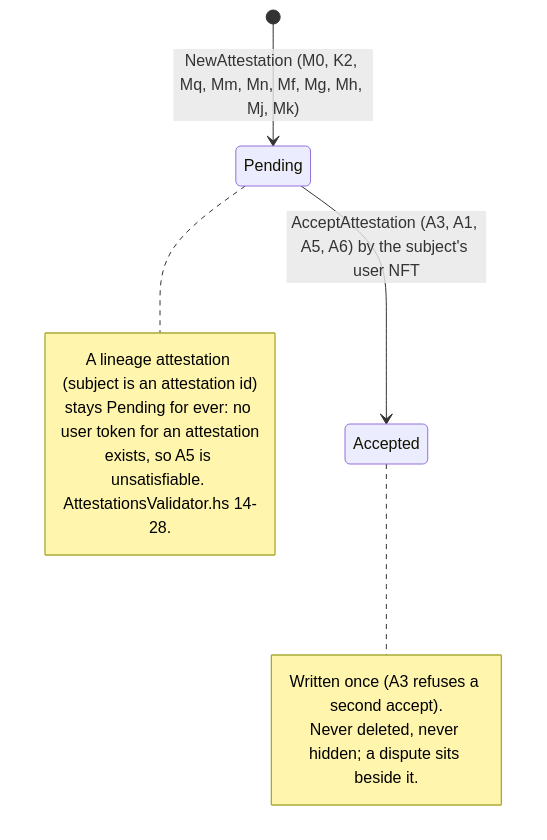
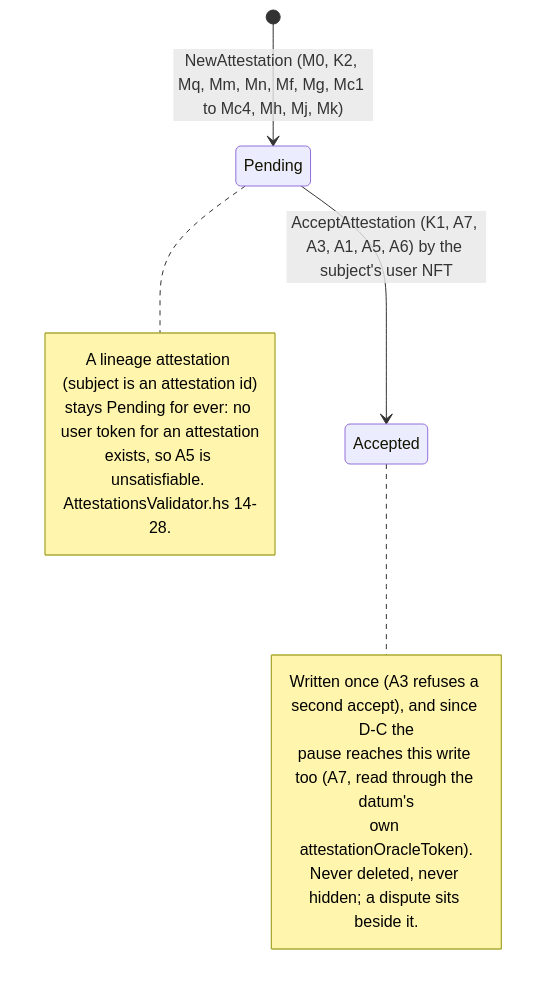
One commit to en7angled/palmares changed the eighth of 13 diagrams in docs/architecture/onchain-flows.md. Above: the diagram before and after it, drawn with Mermaid. The commit also changed other lines of this file and 18 other files, not shown here.

````diff
--- a/docs/architecture/onchain-flows.md
+++ b/docs/architecture/onchain-flows.md
@@ -537,14 +691,16 @@
 ```mermaid
 stateDiagram-v2
-  [*] --> Pending : NewAttestation (M0, K2, Mq, Mm, Mn, Mf, Mg, Mh, Mj, Mk)
-  Pending --> Accepted : AcceptAttestation (A3, A1, A5, A6) by the subject's user NFT
+  [*] --> Pending : NewAttestation (M0, K2, Mq, Mm, Mn, Mf, Mg, Mc1 to Mc4, Mh, Mj, Mk)
+  Pending --> Accepted : AcceptAttestation (K1, A7, A3, A1, A5, A6) by the subject's user NFT
   note right of Pending
     A lineage attestation (subject is an attestation id)
     stays Pending for ever: no user token for an attestation
     exists, so A5 is unsatisfiable. AttestationsValidator.hs 14-28.
   end note
   note right of Accepted
-    Written once (A3 refuses a second accept).
+    Written once (A3 refuses a second accept), and since D-C the
+    pause reaches this write too (A7, read through the datum's
+    own attestationOracleToken).
     Never deleted, never hidden; a dispute sits beside it.
   end note
 ```
````
